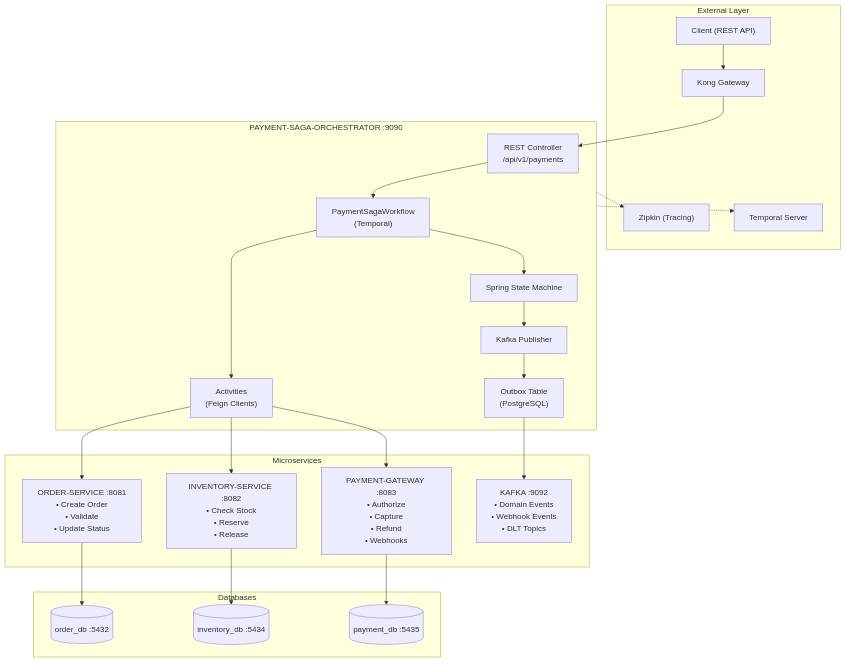
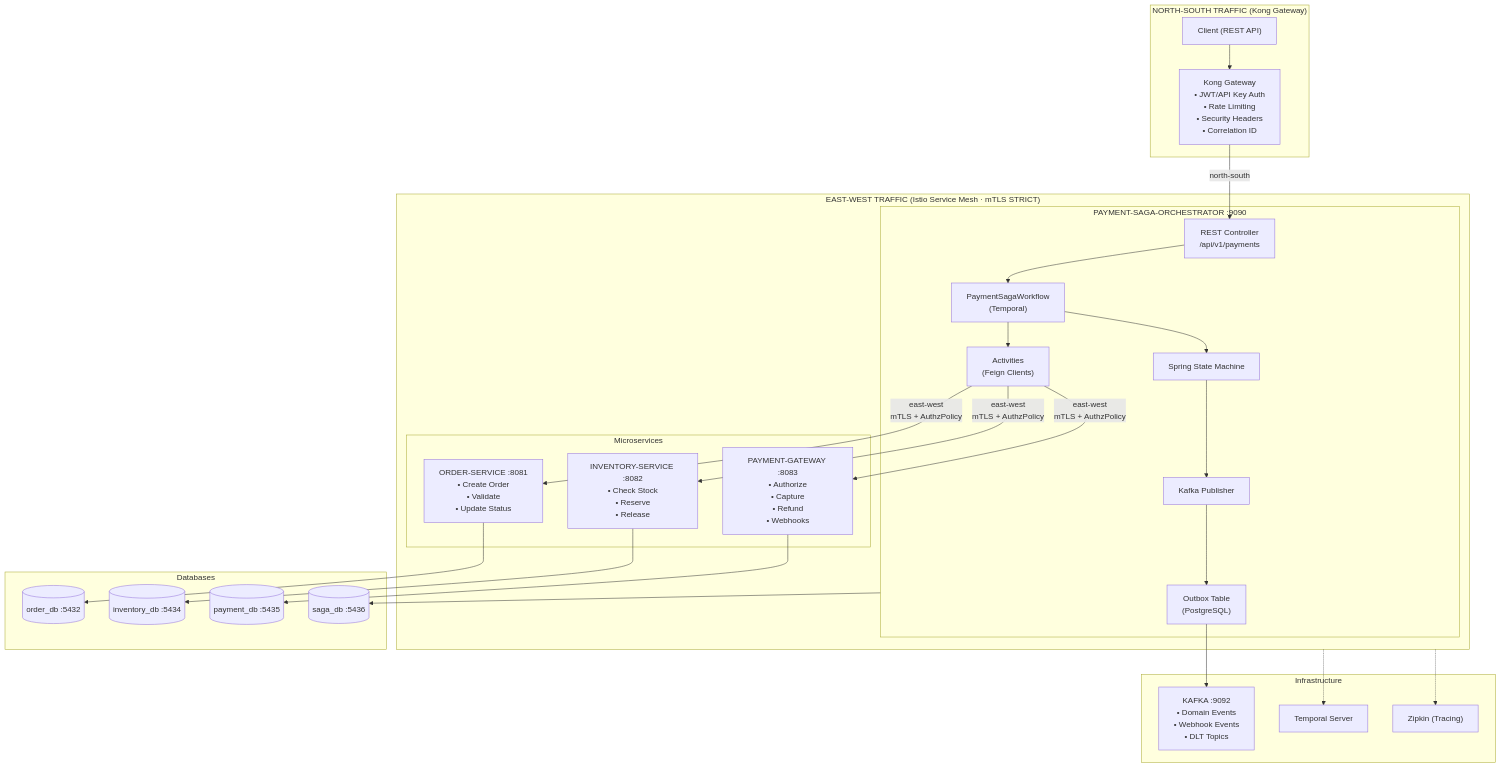
One commit to simbataisa/tcb-paylink-arch changed the first of 44 diagrams in README.md. Above: the diagram before and after it, drawn with Mermaid. The commit also changed other lines of this file, not shown here.

````diff
--- a/README.md
+++ b/README.md
@@ -32,43 +32,51 @@
 ```mermaid
 flowchart TB
-    subgraph External["External Layer"]
+    subgraph NorthSouth["NORTH-SOUTH TRAFFIC (Kong Gateway)"]
         Client["Client (REST API)"]
-        Kong["Kong Gateway"]
-        Zipkin["Zipkin (Tracing)"]
-        Temporal["Temporal Server"]
+        Kong["Kong Gateway<br/>• JWT/API Key Auth<br/>• Rate Limiting<br/>• Security Headers<br/>• Correlation ID"]
     end
 
-    subgraph Orchestrator["PAYMENT-SAGA-ORCHESTRATOR :9090"]
-        REST["REST Controller<br/>/api/v1/payments"]
-        Workflow["PaymentSagaWorkflow<br/>(Temporal)"]
-        StateMachine["Spring State Machine"]
-        KafkaPub["Kafka Publisher"]
-        Activities["Activities<br/>(Feign Clients)"]
-        Outbox["Outbox Table<br/>(PostgreSQL)"]
+    subgraph EastWest["EAST-WEST TRAFFIC (Istio Service Mesh · mTLS STRICT)"]
+        subgraph Orchestrator["PAYMENT-SAGA-ORCHESTRATOR :9090"]
+            REST["REST Controller<br/>/api/v1/payments"]
+            Workflow["PaymentSagaWorkflow<br/>(Temporal)"]
+            StateMachine["Spring State Machine"]
+            KafkaPub["Kafka Publisher"]
+            Activities["Activities<br/>(Feign Clients)"]
+            Outbox["Outbox Table<br/>(PostgreSQL)"]
+        end
+
+        subgraph Services["Microservices"]
+            Order["ORDER-SERVICE :8081<br/>• Create Order<br/>• Validate<br/>• Update Status"]
+            Inventory["INVENTORY-SERVICE :8082<br/>• Check Stock<br/>• Reserve<br/>• Release"]
+            Payment["PAYMENT-GATEWAY :8083<br/>• Authorize<br/>• Capture<br/>• Refund<br/>• Webhooks"]
+        end
     end
 
-    subgraph Services["Microservices"]
-        Order["ORDER-SERVICE :8081<br/>• Create Order<br/>• Validate<br/>• Update Status"]
-        Inventory["INVENTORY-SERVICE :8082<br/>• Check Stock<br/>• Reserve<br/>• Release"]
-        Payment["PAYMENT-GATEWAY :8083<br/>• Authorize<br/>• Capture<br/>• Refund<br/>• Webhooks"]
+    subgraph Infra["Infrastructure"]
         Kafka["KAFKA :9092<br/>• Domain Events<br/>• Webhook Events<br/>• DLT Topics"]
+        Temporal["Temporal Server"]
+        Zipkin["Zipkin (Tracing)"]
     end
 
     subgraph Databases["Databases"]
         OrderDB[(order_db :5432)]
         InventoryDB[(inventory_db :5434)]
         PaymentDB[(payment_db :5435)]
+        SagaDB[(saga_db :5436)]
     end
 
-    Client --> Kong --> REST
+    Client --> Kong
+    Kong -->|north-south| REST
     REST --> Workflow --> StateMachine --> KafkaPub
     Workflow --> Activities
     KafkaPub --> Outbox
-    Activities --> Order & Inventory & Payment
+    Activities -->|east-west<br/>mTLS + AuthzPolicy| Order & Inventory & Payment
     Outbox --> Kafka
     Order --> OrderDB
     Inventory --> InventoryDB
     Payment --> PaymentDB
+    Orchestrator --> SagaDB
     Orchestrator -.-> Zipkin
     Orchestrator -.-> Temporal
 ```
````
